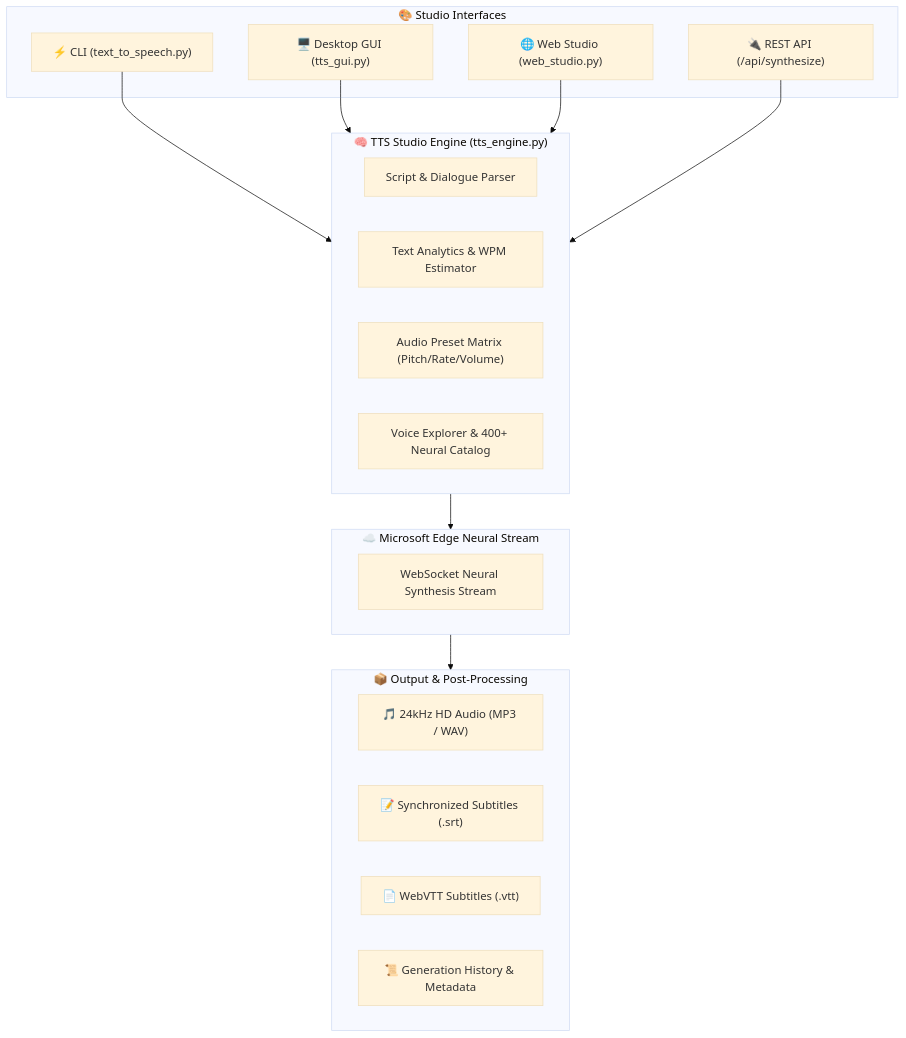
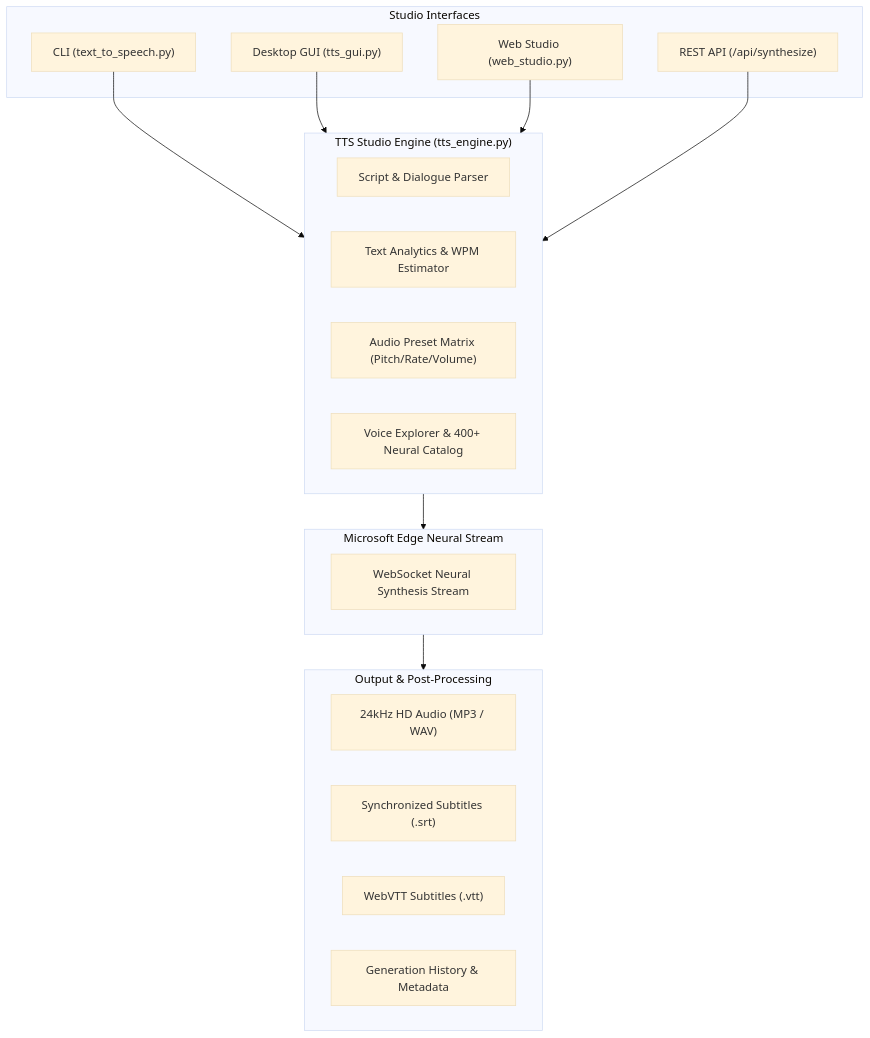
One commit to taezeem14/text-to-speech-studio changed the first of 2 diagrams in README.md. Above: the diagram before and after it, drawn with Mermaid (base theme). The commit also changed other lines of this file and 2 other files, not shown here.

````diff
--- a/README.md
+++ b/README.md
@@ -65,35 +65,35 @@
 ```mermaid
 flowchart TD
-    subgraph Interfaces["🎨 Studio Interfaces"]
-        CLI["⚡ CLI (text_to_speech.py)"]
-        GUI["🖥️ Desktop GUI (tts_gui.py)"]
-        WEB["🌐 Web Studio (web_studio.py)"]
-        REST["🔌 REST API (/api/synthesize)"]
+    subgraph Interfaces["Studio Interfaces"]
+        CLI["CLI (text_to_speech.py)"]
+        GUI["Desktop GUI (tts_gui.py)"]
+        WEB["Web Studio (web_studio.py)"]
+        REST["REST API (/api/synthesize)"]
     end
 
-    subgraph CoreEngine["🧠 TTS Studio Engine (tts_engine.py)"]
+    subgraph CoreEngine["TTS Studio Engine (tts_engine.py)"]
         PARSER["Script & Dialogue Parser"]
         METRICS["Text Analytics & WPM Estimator"]
         PRESETS["Audio Preset Matrix (Pitch/Rate/Volume)"]
         CATALOG["Voice Explorer & 400+ Neural Catalog"]
     end
 
-    subgraph EdgeService["☁️ Microsoft Edge Neural Stream"]
+    subgraph EdgeService["Microsoft Edge Neural Stream"]
         STREAM["WebSocket Neural Synthesis Stream"]
     end
 
-    subgraph OutputPipeline["📦 Output & Post-Processing"]
-        AUDIO["🎵 24kHz HD Audio (MP3 / WAV)"]
-        SRT["📝 Synchronized Subtitles (.srt)"]
-        VTT["📄 WebVTT Subtitles (.vtt)"]
-        HIST["📜 Generation History & Metadata"]
+    subgraph OutputPipeline["Output & Post-Processing"]
+        AUDIO["24kHz HD Audio (MP3 / WAV)"]
+        SRT["Synchronized Subtitles (.srt)"]
+        VTT["WebVTT Subtitles (.vtt)"]
+        HIST["Generation History & Metadata"]
     end
 
     CLI --> CoreEngine
     GUI --> CoreEngine
     WEB --> CoreEngine
     REST --> CoreEngine
 
     CoreEngine --> EdgeService
     EdgeService --> OutputPipeline
 ```
````
